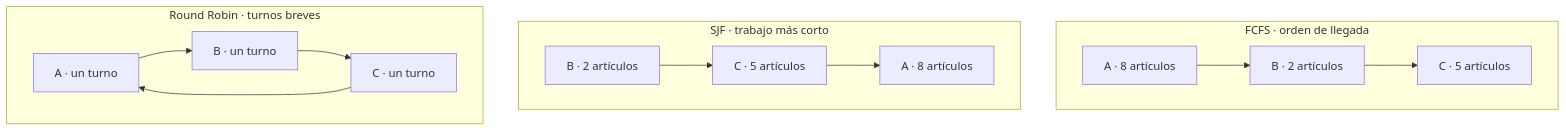
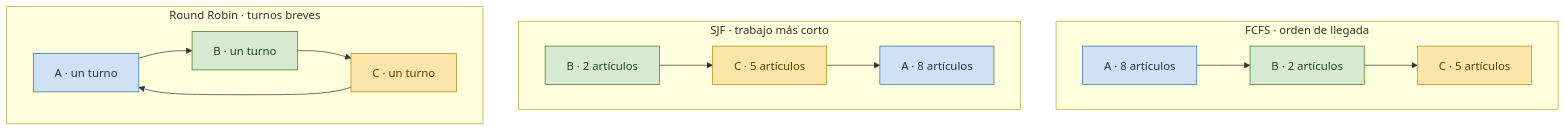
One commit to asiermarzo/ssoo changed the third of 6 diagrams in TEORIA/04-planificacion-de-procesos/README.md. Above: the diagram before and after it, drawn with Mermaid. The commit also changed other lines of this file and 25 other files, not shown here.

Commit message:
refinado de diagramas mermaid y svg

````diff
--- a/TEORIA/04-planificacion-de-procesos/README.md
+++ b/TEORIA/04-planificacion-de-procesos/README.md
@@ -279,12 +302,19 @@
 ```mermaid
 flowchart TB
     subgraph F["FCFS · orden de llegada"]
         F1["A · 8 artículos"] --> F2["B · 2 artículos"] --> F3["C · 5 artículos"]
     end
     subgraph S["SJF · trabajo más corto"]
         S1["B · 2 artículos"] --> S2["C · 5 artículos"] --> S3["A · 8 artículos"]
     end
     subgraph R["Round Robin · turnos breves"]
         R1["A · un turno"] --> R2["B · un turno"] --> R3["C · un turno"] --> R1
     end
+
+    classDef clienteA fill:#cfe2f3,stroke:#2b6f99,color:#1b3a4b;
+    classDef clienteB fill:#d9ead3,stroke:#38761d,color:#1b4d1b;
+    classDef clienteC fill:#fce5a8,stroke:#b8860b,color:#5c4600;
+    class F1,S3,R1 clienteA;
+    class F2,S1,R2 clienteB;
+    class F3,S2,R3 clienteC;
 ```
````
